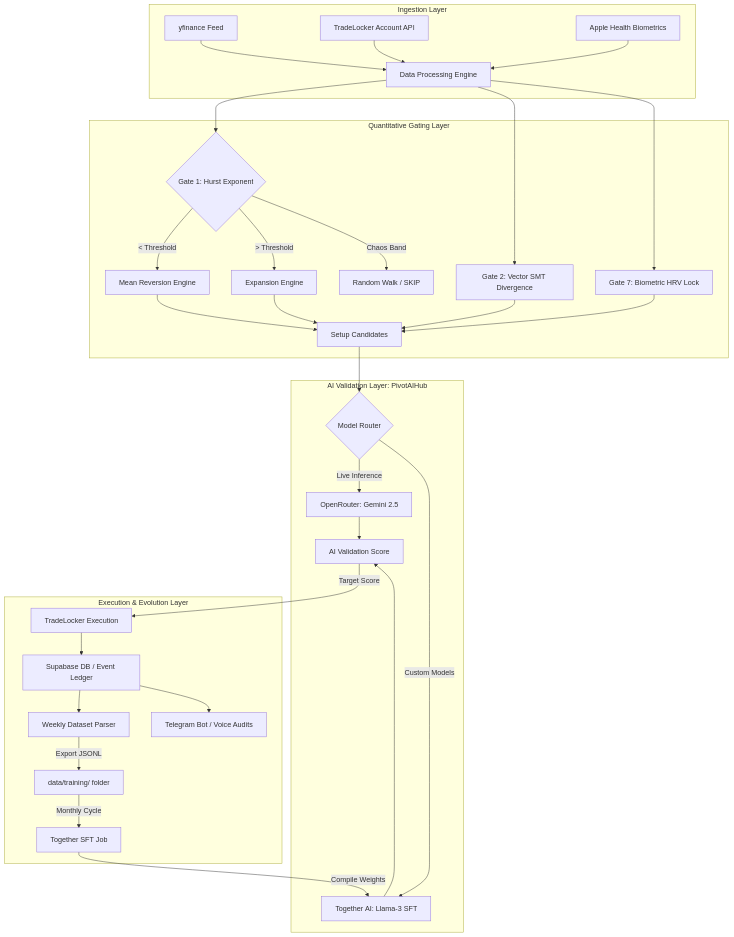
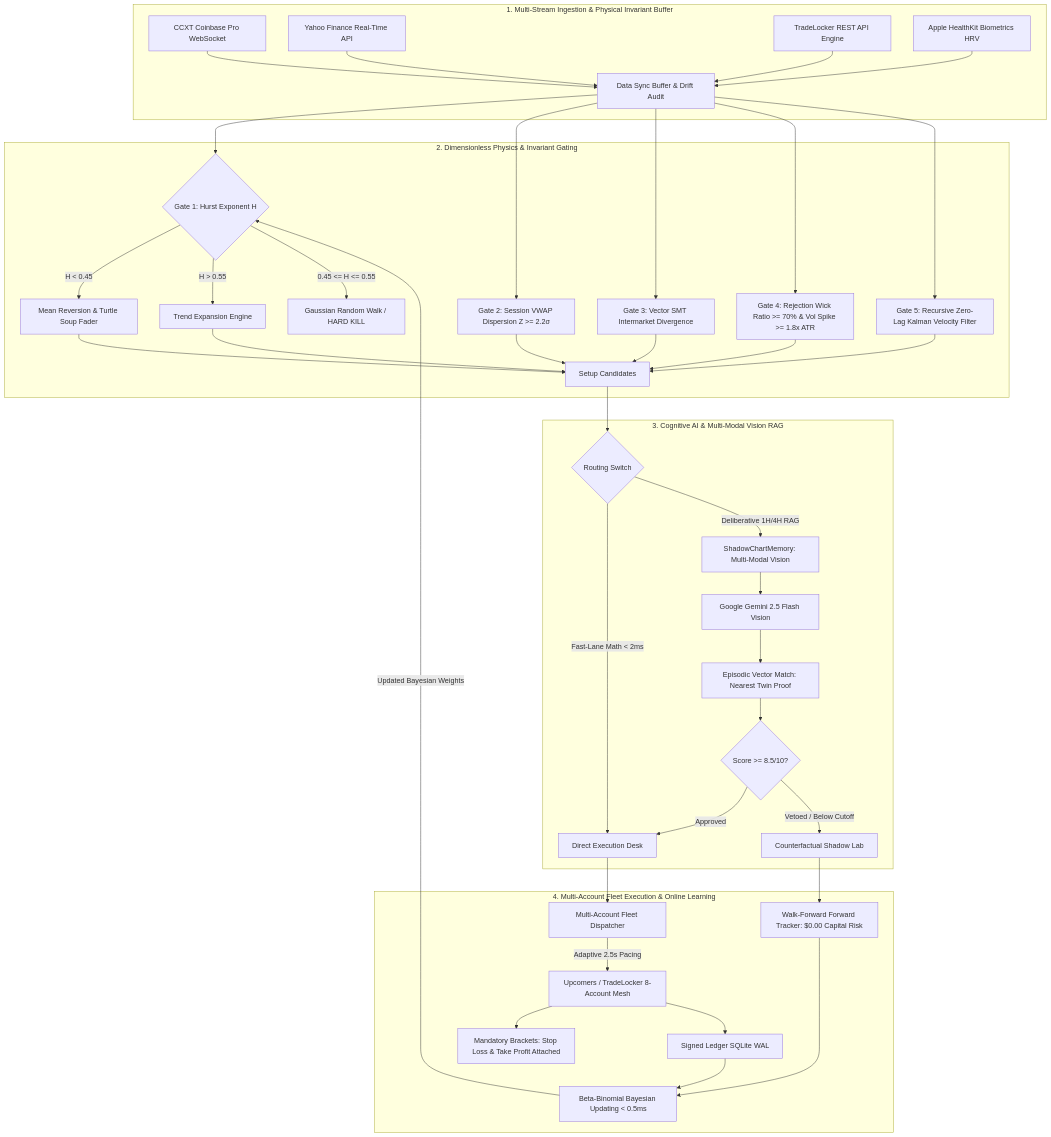
Before and after one commit to nicholasmacaskill/bayesian-pivot-trading-infra-public: the first of 3 diagrams in README.public.md, drawn with Mermaid. The commit also changed other lines of this file and 4 other files, not shown here.

````diff
--- a/README.public.md
+++ b/README.public.md
@@ -14,43 +15,50 @@
 ```mermaid
 flowchart TD
     %% Ingestion Layer
-    subgraph Ingestion [Ingestion Layer]
-        A1[yfinance Feed] --> B1[Data Processing Engine]
-        A2[TradeLocker Account API] --> B1
-        A3[Apple Health Biometrics] --> B1
+    subgraph Ingestion ["1. Multi-Stream Ingestion & Physical Invariant Buffer"]
+        A1[CCXT Coinbase Pro WebSocket] --> B1[Data Sync Buffer & Drift Audit]
+        A2[Yahoo Finance Real-Time API] --> B1
+        A3[TradeLocker REST API Engine] --> B1
+        A4[Apple HealthKit Biometrics HRV] --> B1
     end
 
     %% Quantitative Gating Layer
-    subgraph QG [Quantitative Gating Layer]
-        B1 --> C1{Gate 1: Hurst Exponent}
-        C1 -->|< Threshold| D1[Mean Reversion Engine]
-        C1 -->|> Threshold| D2[Expansion Engine]
-        C1 -->|Chaos Band| D3[Random Walk / SKIP]
+    subgraph QG ["2. Dimensionless Physics & Invariant Gating"]
+        B1 --> C1{Gate 1: Hurst Exponent H}
+        C1 -->|H < 0.45| D1[Mean Reversion & Turtle Soup Fader]
+        C1 -->|H > 0.55| D2[Trend Expansion Engine]
+        C1 -->|0.45 <= H <= 0.55| D3[Gaussian Random Walk / HARD KILL]
         
-        B1 --> C2[Gate 2: Vector SMT Divergence]
-        B1 --> C3[Gate 7: Biometric HRV Lock]
+        B1 --> C2[Gate 2: Session VWAP Dispersion Z >= 2.2σ]
+        B1 --> C3[Gate 3: Vector SMT Intermarket Divergence]
+        B1 --> C4[Gate 4: Rejection Wick Ratio >= 70% & Vol Spike >= 1.8x ATR]
+        B1 --> C5[Gate 5: Recursive Zero-Lag Kalman Velocity Filter]
         
-        D1 & D2 & C2 & C3 --> E1[Setup Candidates]
+        D1 & D2 & C2 & C3 & C4 & C5 --> E1[Setup Candidates]
     end
 
     %% AI Validation Layer
-    subgraph AIV [AI Validation Layer: PivotAIHub]
-        E1 --> F1{Model Router}
-        F1 -->|Live Inference| G1[OpenRouter: Gemini 2.5]
-        F1 -->|Custom Models| G2[Together AI: Llama-3 SFT]
-        G1 & G2 --> H1[AI Validation Score]
+    subgraph AIV ["3. Cognitive AI & Multi-Modal Vision RAG"]
+        E1 --> F1{Routing Switch}
+        F1 -->|Fast-Lane Math < 2ms| I1[Direct Execution Desk]
+        F1 -->|Deliberative 1H/4H RAG| G1[ShadowChartMemory: Multi-Modal Vision]
+        G1 --> G2[Google Gemini 2.5 Flash Vision]
+        G2 --> G3[Episodic Vector Match: Nearest Twin Proof]
+        G3 --> H1{Score >= 8.5/10?}
+        H1 -->|Approved| I1
+        H1 -->|Vetoed / Below Cutoff| J1[Counterfactual Shadow Lab]
     end
 
     %% Execution & Evolution Layer
-    subgraph EE [Execution & Evolution Layer]
-        H1 -->|Target Score| I1[TradeLocker Execution]
-        I1 --> J1[Supabase DB / Event Ledger]
+    subgraph EE ["4. Multi-Account Fleet Execution & Online Learning"]
+        I1 --> K1[Multi-Account Fleet Dispatcher]
+        K1 -->|Adaptive 2.5s Pacing| L1[Upcomers / TradeLocker 8-Account Mesh]
+        L1 --> M1[Mandatory Brackets: Stop Loss & Take Profit Attached]
+        L1 --> N1[Signed Ledger SQLite WAL]
         
-        J1 --> K1[Weekly Dataset Parser]
-        K1 -->|Export JSONL| L1[data/training/ folder]
-        L1 -->|Monthly Cycle| M1[Together SFT Job]
-        M1 -->|Compile Weights| G2
-        
-        J1 --> N1[Telegram Bot / Voice Audits]
+        J1 --> P1[Walk-Forward Forward Tracker: $0.00 Capital Risk]
+        P1 --> Q1[Beta-Binomial Bayesian Updating < 0.5ms]
+        N1 --> Q1
+        Q1 -->|Updated Bayesian Weights| C1
     end
 ```
````
